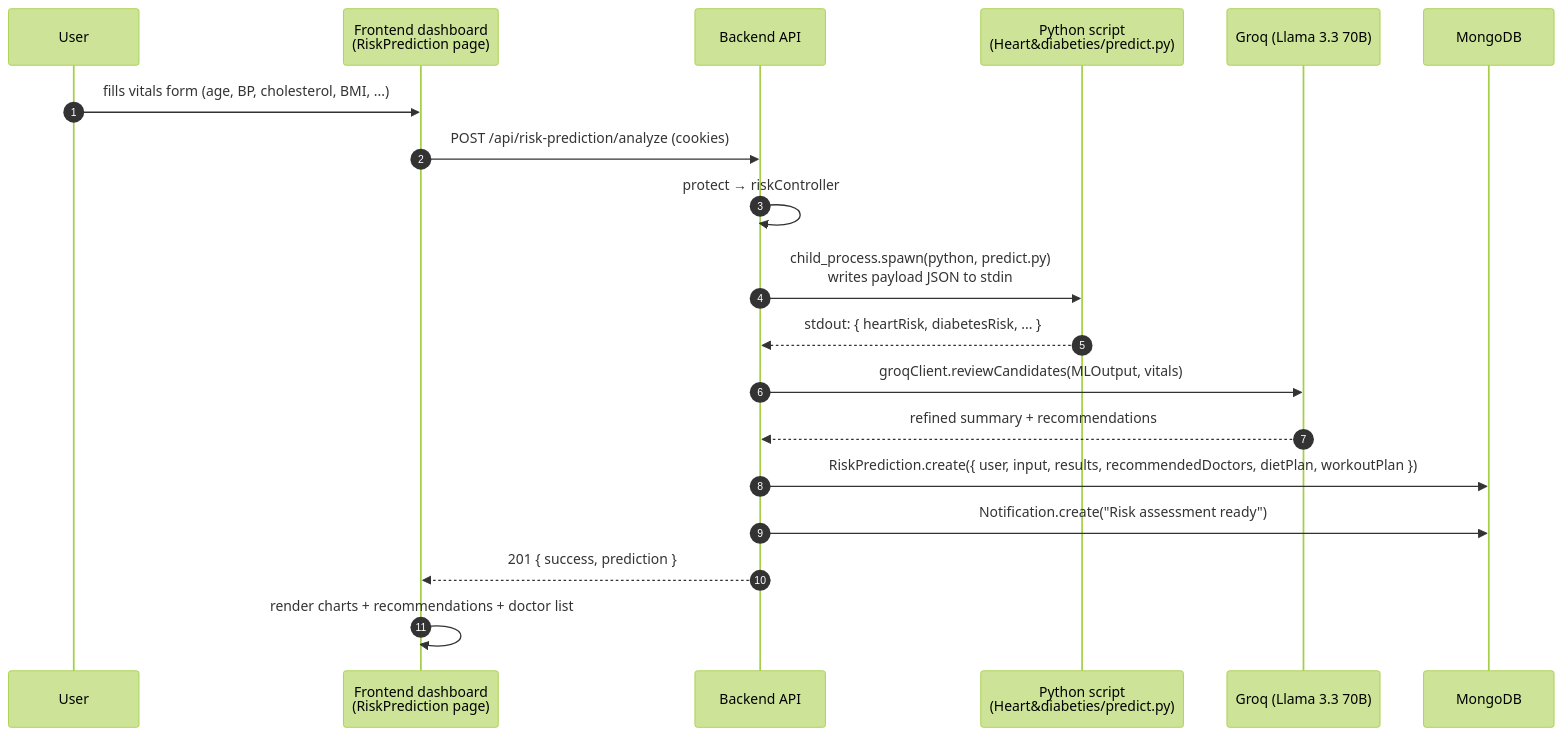
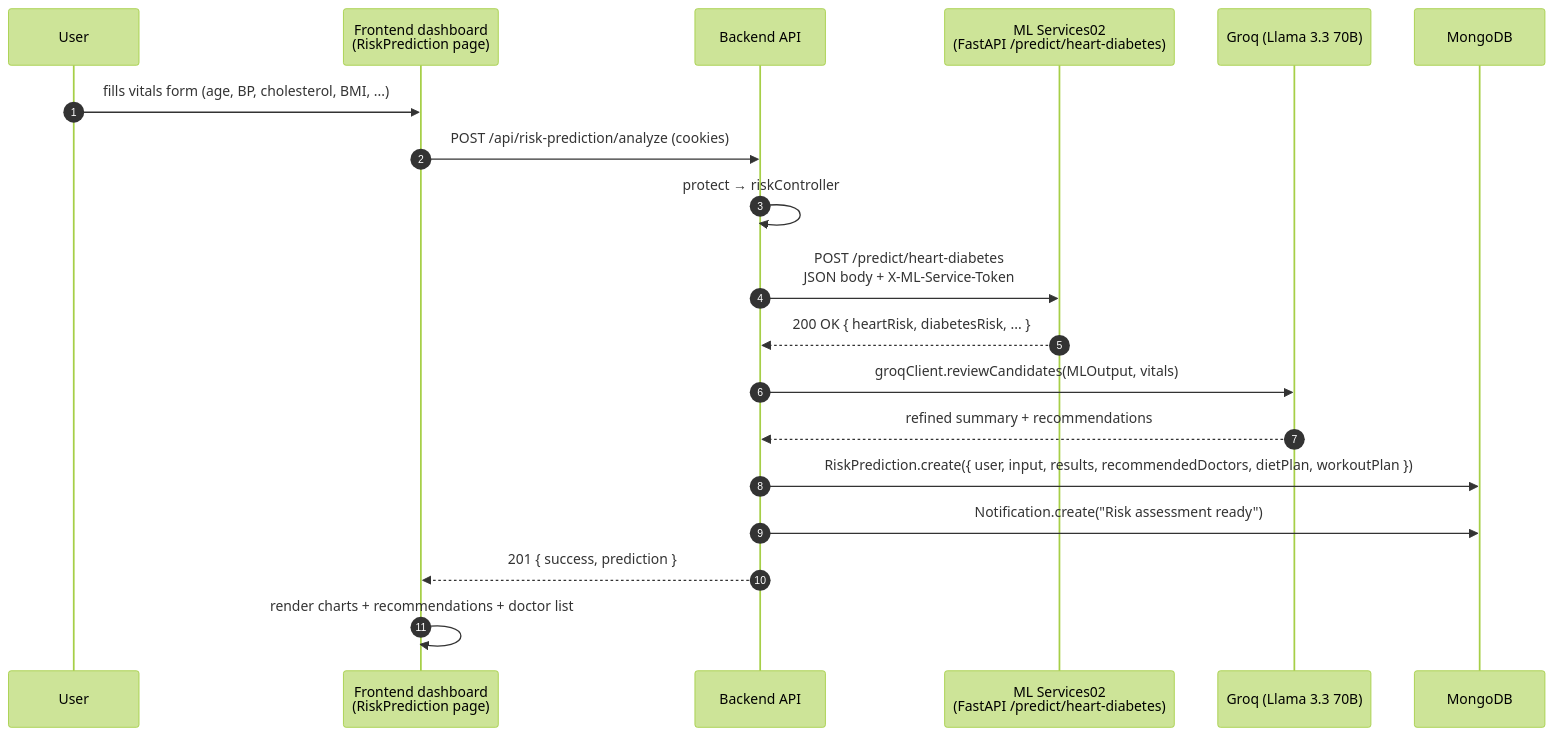
The fifth of 6 diagrams in ARCHITECTURE.md (aaditya09750/HealanceAI-Orbit), drawn with Mermaid (forest theme) before and after one commit. The commit also changed other lines of this file and 4 other files, not shown here.

````diff
--- a/ARCHITECTURE.md
+++ b/ARCHITECTURE.md
@@ -146,22 +148,22 @@
 ```mermaid
 sequenceDiagram
   autonumber
   participant U as User
   participant FE as Frontend dashboard<br/>(RiskPrediction page)
   participant BE as Backend API
-  participant ML as Python script<br/>(Heart&diabeties/predict.py)
+  participant ML as ML Services02<br/>(FastAPI /predict/heart-diabetes)
   participant LLM as Groq (Llama 3.3 70B)
   participant DB as MongoDB
 
   U->>FE: fills vitals form (age, BP, cholesterol, BMI, ...)
   FE->>BE: POST /api/risk-prediction/analyze (cookies)
   BE->>BE: protect → riskController
-  BE->>ML: child_process.spawn(python, predict.py)<br/>writes payload JSON to stdin
-  ML-->>BE: stdout: { heartRisk, diabetesRisk, ... }
+  BE->>ML: POST /predict/heart-diabetes<br/>JSON body + X-ML-Service-Token
+  ML-->>BE: 200 OK { heartRisk, diabetesRisk, ... }
   BE->>LLM: groqClient.reviewCandidates(MLOutput, vitals)
   LLM-->>BE: refined summary + recommendations
   BE->>DB: RiskPrediction.create({ user, input, results, recommendedDoctors, dietPlan, workoutPlan })
   BE->>DB: Notification.create("Risk assessment ready")
   BE-->>FE: 201 { success, prediction }
   FE->>FE: render charts + recommendations + doctor list
 ```
````
